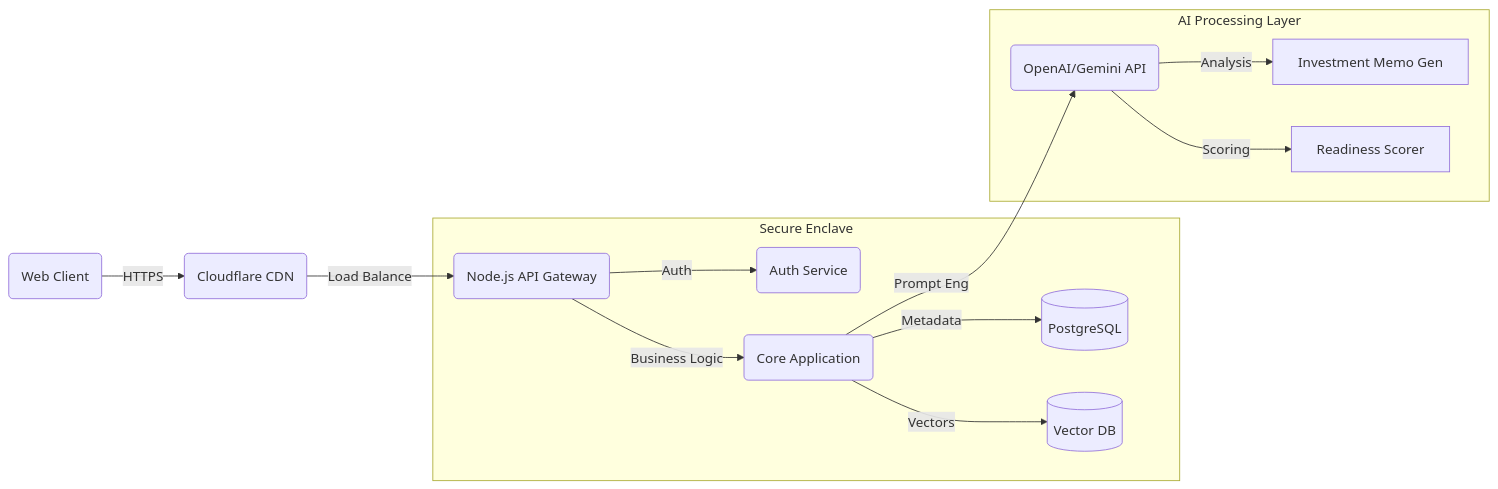
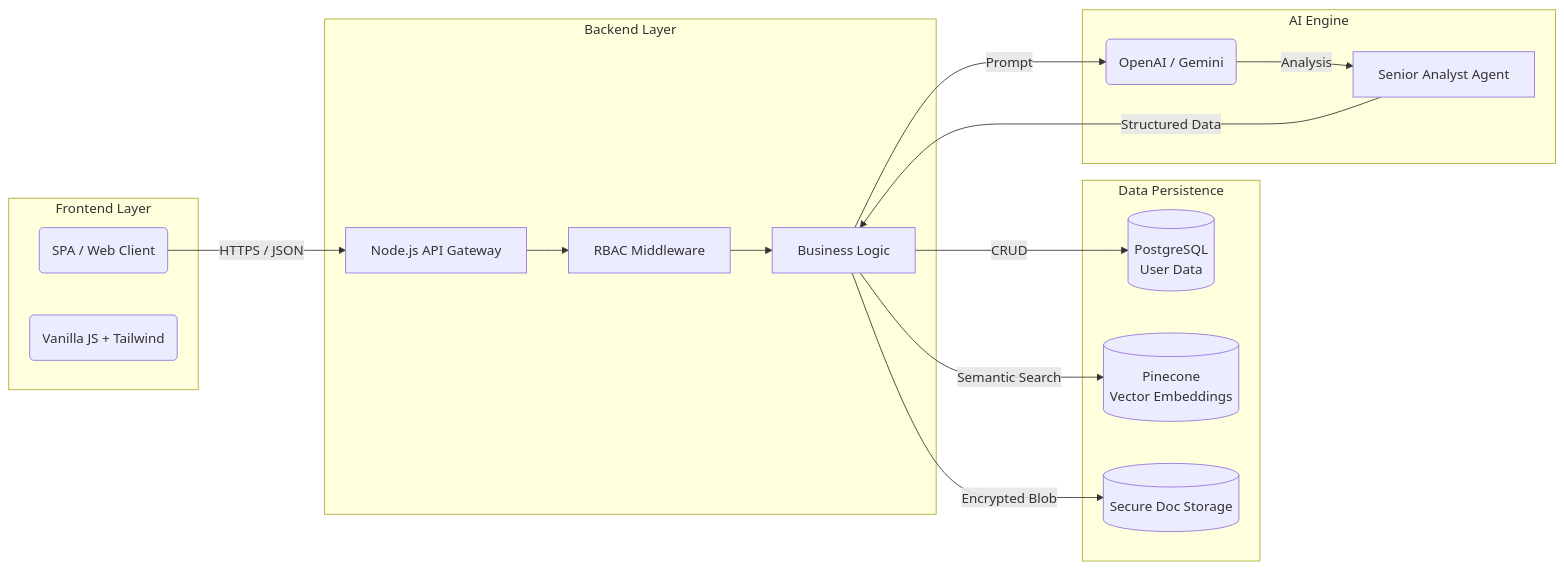
The second of 2 diagrams in HACKATHON_REPORT.md (vickyPotheesh2004/FundLink---prod), drawn with Mermaid before and after one commit. The commit also changed other lines of this file and 9 other files, not shown here.

````diff
--- a/HACKATHON_REPORT.md
+++ b/HACKATHON_REPORT.md
@@ -73,18 +84,37 @@
 ```mermaid
 graph LR
-    Client(Web Client) -->|HTTPS| CDN(Cloudflare CDN)
-    CDN -->|Load Balance| API(Node.js API Gateway)
-    
-    subgraph "Secure Enclave"
-        API -->|Auth| IDP(Auth Service)
-        API -->|Business Logic| App(Core Application)
-        App -->|Metadata| DB[(PostgreSQL)]
-        App -->|Vectors| Vec[(Vector DB)]
+    subgraph "Frontend Layer"
+        Client(SPA / Web Client)
+        Framework(Vanilla JS + Tailwind)
     end
     
-    subgraph "AI Processing Layer"
-        App -->|Prompt Eng| LLM(OpenAI/Gemini API)
-        LLM -->|Analysis| M[Investment Memo Gen]
-        LLM -->|Scoring| S[Readiness Scorer]
+    Client -->|HTTPS / JSON| API
+    
+    subgraph "Backend Layer"
+        API[Node.js API Gateway]
+        Auth[RBAC Middleware]
+        Logic[Business Logic]
     end
+    
+    API --> Auth
+    Auth --> Logic
+    
+    subgraph "Data Persistence"
+        DB[(PostgreSQL\nUser Data)]
+        Vec[(Pinecone\nVector Embeddings)]
+        Vault[(Secure Doc Storage)]
+    end
+    
+    Logic -->|CRUD| DB
+    Logic -->|Semantic Search| Vec
+    Logic -->|Encrypted Blob| Vault
+    
+    subgraph "AI Engine"
+        LLM(OpenAI / Gemini)
+        Agent[Senior Analyst Agent]
+    end
+    
+    Logic -->|Prompt| LLM
+    LLM -->|Analysis| Agent
+    Agent -->|Structured Data| Logic
 ```
````
